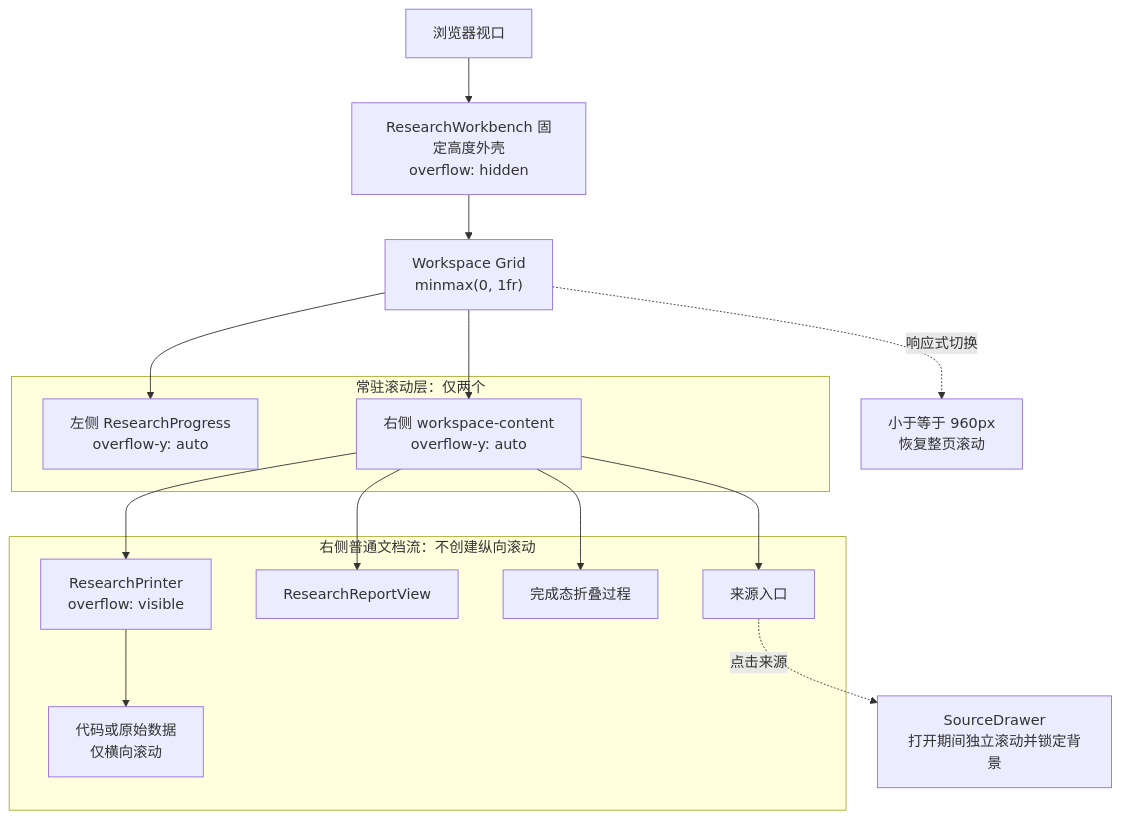
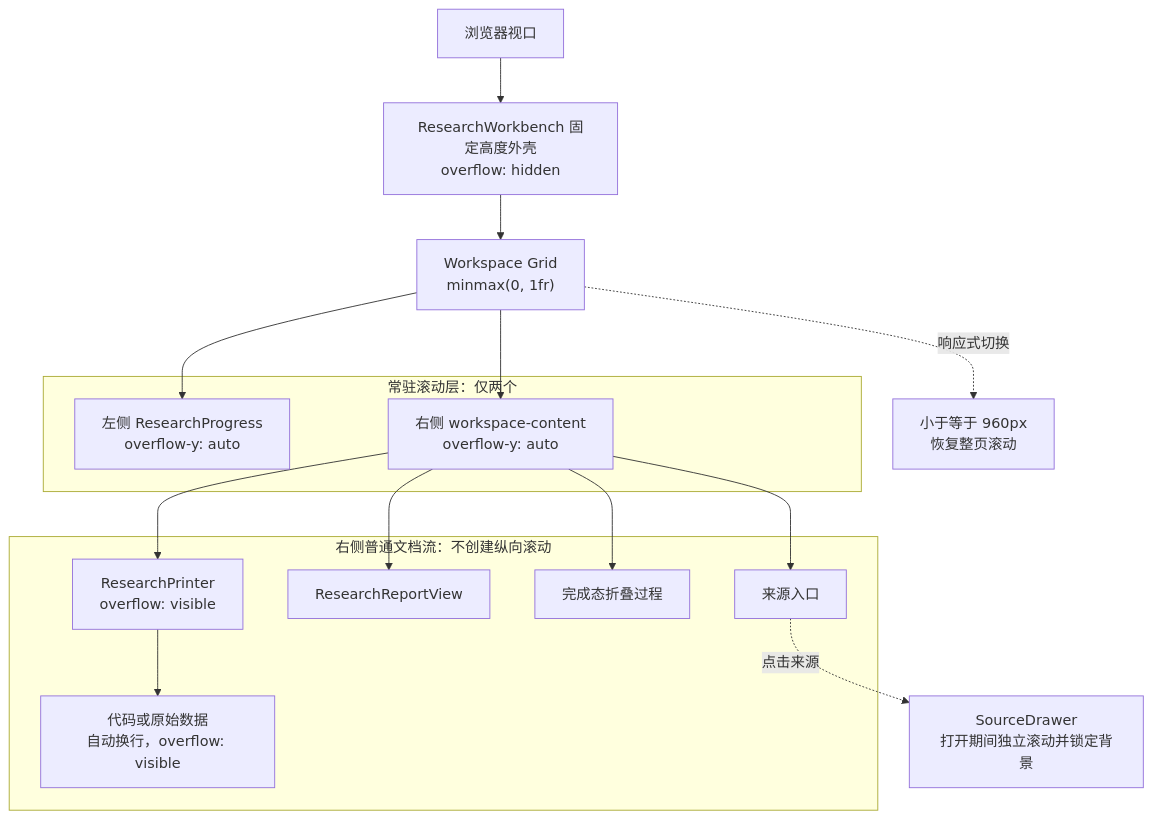
The first of 2 diagrams in docs/superpowers/specs/2026-07-15-scroll-boundary-simplification-design.md (nightsu/research-agent-demo), drawn with Mermaid before and after one commit. The commit also changed other lines of this file, not shown here.

````diff
--- a/docs/superpowers/specs/2026-07-15-scroll-boundary-simplification-design.md
+++ b/docs/superpowers/specs/2026-07-15-scroll-boundary-simplification-design.md
@@ -42,33 +42,33 @@
 ```mermaid
 flowchart TB
     Viewport["浏览器视口"]
     Shell["ResearchWorkbench 固定高度外壳<br/>overflow: hidden"]
     Grid["Workspace Grid<br/>minmax(0, 1fr)"]
 
     subgraph Persistent["常驻滚动层：仅两个"]
         Left["左侧 ResearchProgress<br/>overflow-y: auto"]
         Right["右侧 workspace-content<br/>overflow-y: auto"]
     end
 
     subgraph RightFlow["右侧普通文档流：不创建纵向滚动"]
         Printer["ResearchPrinter<br/>overflow: visible"]
         Report["ResearchReportView"]
         Process["完成态折叠过程"]
         Sources["来源入口"]
-        Code["代码或原始数据<br/>仅横向滚动"]
+        Code["代码或原始数据<br/>自动换行，overflow: visible"]
     end
 
     Drawer["SourceDrawer<br/>打开期间独立滚动并锁定背景"]
     Mobile["小于等于 960px<br/>恢复整页滚动"]
 
     Viewport --> Shell --> Grid
     Grid --> Left
     Grid --> Right
     Right --> Printer
     Right --> Report
     Right --> Process
     Right --> Sources
     Printer --> Code
     Sources -. "点击来源" .-> Drawer
     Grid -. "响应式切换" .-> Mobile
 ```
````
